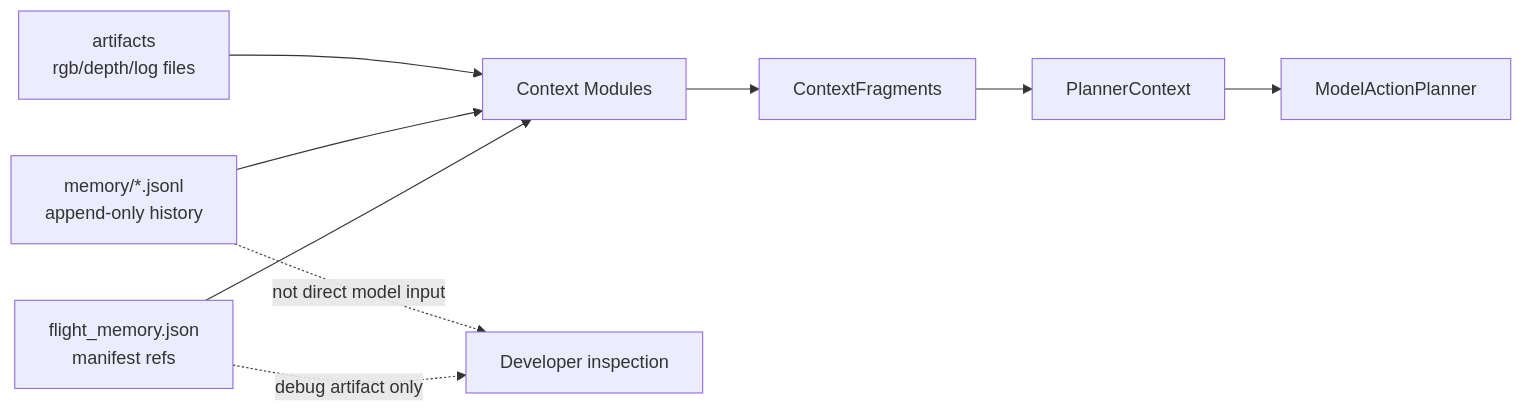
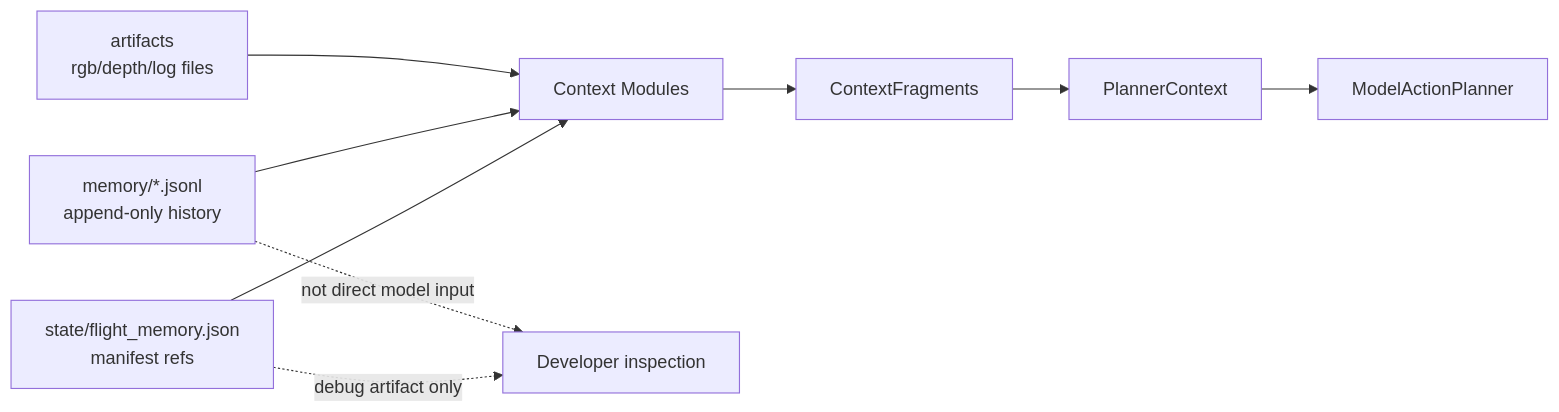
The second of 6 diagrams in docs/memory_system/07_diagrams.md (LZ6years/AeroPilot), drawn with Mermaid before and after one commit. The commit also changed 89 other files, not shown here.

````diff
--- a/docs/memory_system/07_diagrams.md
+++ b/docs/memory_system/07_diagrams.md
@@ -27,12 +27,12 @@
 ```mermaid
 flowchart LR
-    FM["flight_memory.json<br/>manifest refs"] --> MOD["Context Modules"]
+    FM["state/flight_memory.json<br/>manifest refs"] --> MOD["Context Modules"]
     RAW["memory/*.jsonl<br/>append-only history"] --> MOD
     ART["artifacts<br/>rgb/depth/log files"] --> MOD
     MOD --> FR["ContextFragments"]
     FR --> PC["PlannerContext"]
     PC --> MODEL["ModelActionPlanner"]
 
     FM -. "debug artifact only" .-> DEV["Developer inspection"]
     RAW -. "not direct model input" .-> DEV
 ```
````
